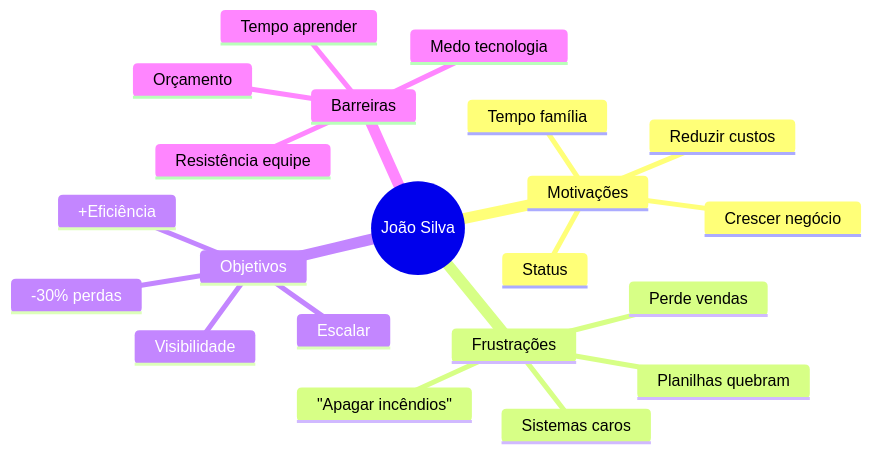
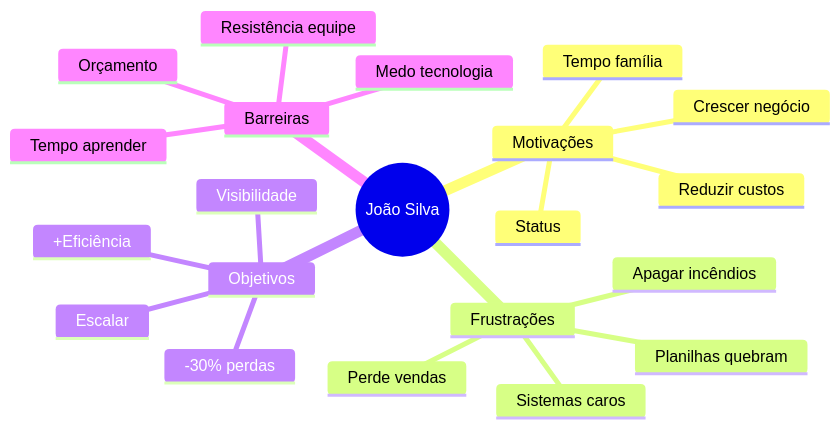
Before and after one commit to matheusmendes720/workconnect-tcc: the third of 11 diagrams in documentation/docs/estrategia/personas.mdx, drawn with Mermaid. The commit also changed other lines of this file and 16 other files, not shown here.

````diff
--- a/documentation/docs/estrategia/personas.mdx
+++ b/documentation/docs/estrategia/personas.mdx
@@ -55,24 +89,24 @@
 ```mermaid
 mindmap
   root((João Silva))
     Motivações
       Crescer negócio
       Reduzir custos
       Tempo família
       Status
     Frustrações
       Perde vendas
       Planilhas quebram
-      "Apagar incêndios"
+      Apagar incêndios
       Sistemas caros
     Objetivos
       -30% perdas
       +Eficiência
       Visibilidade
       Escalar
     Barreiras
       Medo tecnologia
       Tempo aprender
       Orçamento
       Resistência equipe
 ```
````
